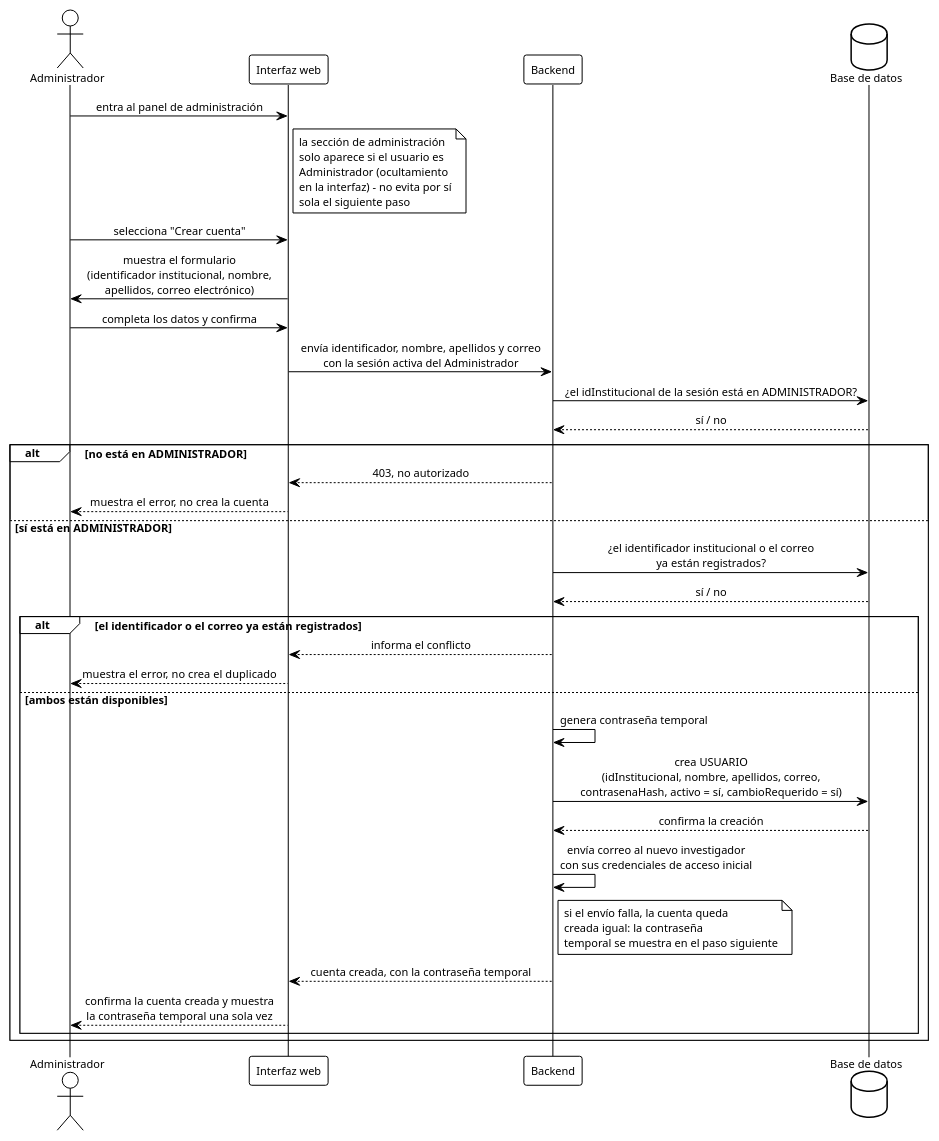
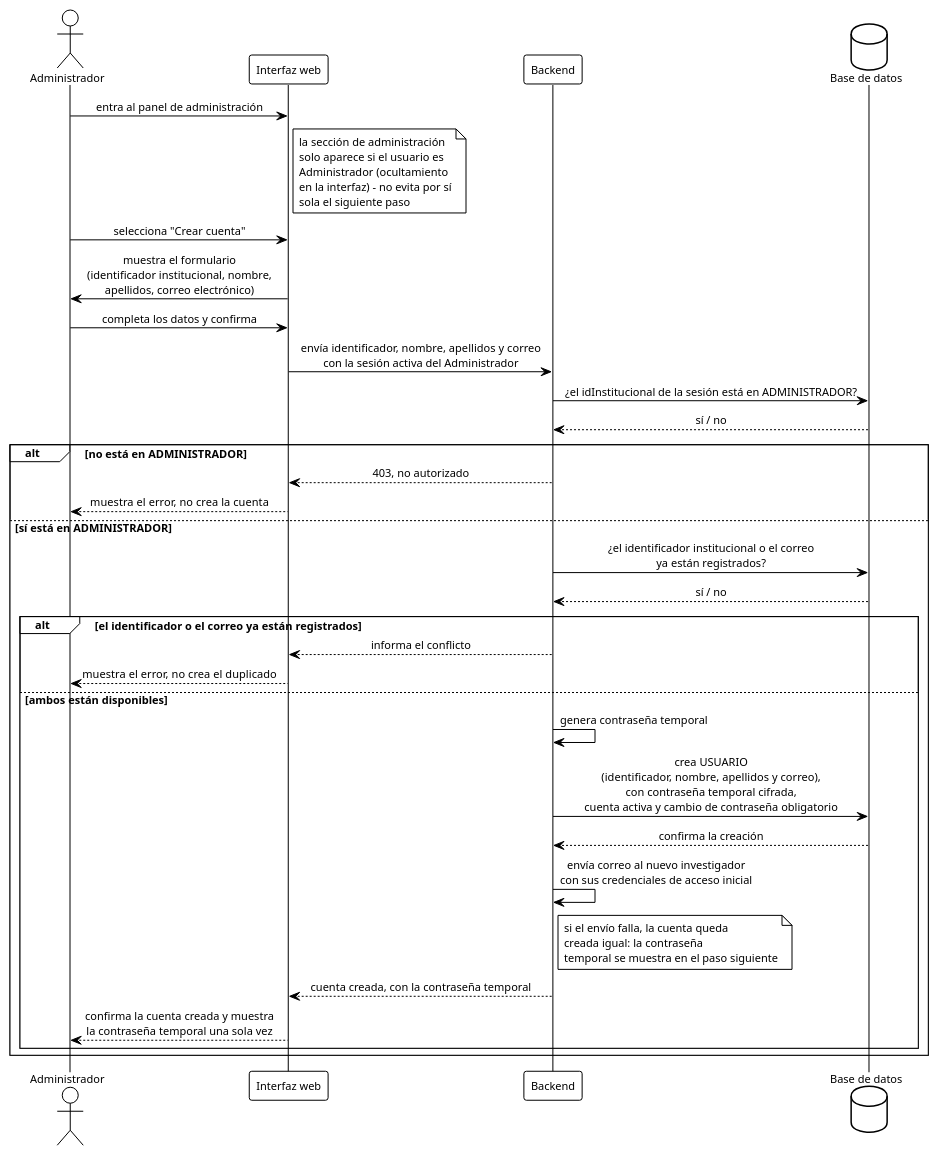
The diagram in diagramas/seq_crear_cuenta.puml (ErickJester/fst-ai-system-latex), drawn with PlantUML before and after one commit. The commit also changed 25 other files, not shown here.

```diff
--- a/diagramas/seq_crear_cuenta.puml
+++ b/diagramas/seq_crear_cuenta.puml
@@ -1,97 +1,97 @@
 @startuml seq_crear_cuenta
 ' ================================================================
 '  Secuencia - Crear cuenta de usuario (CU-12), con verificacion
 '  de rol (D-12) y contraseña temporal obligatoria (D-25)
 '  Base de datos FST | TT 2026-B066 | ESCOM-IPN
 '  Frausto Robles Angel Ali . Rodriguez Verdin Sandoval Vanesa
 ' ----------------------------------------------------------------
 '  Reemplaza a diagramas/seq_registro.png. Ese diagrama viejo no
 '  tenia ningun paso de verificacion de rol -- confiaba en que el
 '  frontend escondiera el boton de "Crear cuenta". D-12 (13-sep)
 '  exige las dos cosas: esconder EN LA INTERFAZ y ademas verificar
 '  el rol EN EL BACKEND antes de ejecutar la accion, sin importar
 '  por donde llegue la peticion.
 '
 '  Cubre CU-12 "Crear cuenta de usuario" (RF-05, RF-07).
 '
 '  Cambios deliberados contra CU-12 tal como esta escrito hoy en
 '  chapters/05_diseno.tex:1739 (no se toca ese .tex en esta sesion,
 '  solo se deja registrado aqui por que el diagrama no lo sigue):
 '    - El paso 2 de CU-12 dice que el formulario pide un campo
 '      "rol". Eso ya no es correcto contra D-08: USUARIO no tiene
 '      columna rol, y ADMINISTRADOR es una tabla aparte que no se
 '      crea desde este caso de uso. Este diagrama omite ese campo.
 '    - Se agrega el paso de verificacion de rol que CU-12 no
 '      describe (el hueco que marcaba COMPARATIVA-FIGURAS-CAP5.md
 '      para esta figura).
 '
 '  D-38 (3-oct, corregido 4-oct): el formulario pide identificador
 '  institucional, nombre, apellidos y correo; el backend rechaza el
 '  alta si el identificador o el correo ya existen. La contraseña
 '  temporal la genera el sistema (no la escribe el Administrador),
 '  igual que en CU-12 y en el mockup v2 de administracion.
 '
 '  D-25 (15-sep): la cuenta se crea con cambioRequerido = true, asi
 '  el login (fuera de este diagrama) sabe que debe forzar el
 '  cambio de contraseña en el primer ingreso.
 '
 '  Generar:
 '      java -jar plantuml.jar -tpng diagramas/seq_crear_cuenta.puml
 ' ================================================================
 
 !theme plain
 skinparam defaultFontName Arial
 skinparam defaultFontSize 11
 skinparam shadowing false
 skinparam sequenceMessageAlign center
 skinparam BoxPadding 10
 
 actor Administrador as admin
 participant "Interfaz web" as ui
 participant Backend as api
 database "Base de datos" as db
 
 admin -> ui: entra al panel de administración
 note right of ui
   la sección de administración
   solo aparece si el usuario es
   Administrador (ocultamiento
   en la interfaz) - no evita por sí
   sola el siguiente paso
 end note
 
 admin -> ui: selecciona "Crear cuenta"
 ui -> admin: muestra el formulario\n(identificador institucional, nombre,\napellidos, correo electrónico)
 
 admin -> ui: completa los datos y confirma
 ui -> api: envía identificador, nombre, apellidos y correo\ncon la sesión activa del Administrador
 
 api -> db: ¿el idInstitucional de la sesión está en ADMINISTRADOR?
 db --> api: sí / no
 
 alt no está en ADMINISTRADOR
   api --> ui: 403, no autorizado
   ui --> admin: muestra el error, no crea la cuenta
 else sí está en ADMINISTRADOR
   api -> db: ¿el identificador institucional o el correo\nya están registrados?
   db --> api: sí / no
 
   alt el identificador o el correo ya están registrados
     api --> ui: informa el conflicto
     ui --> admin: muestra el error, no crea el duplicado
   else ambos están disponibles
     api -> api: genera contraseña temporal
-    api -> db: crea USUARIO\n(idInstitucional, nombre, apellidos, correo,\ncontrasenaHash, activo = sí, cambioRequerido = sí)
+    api -> db: crea USUARIO\n(identificador, nombre, apellidos y correo),\ncon contraseña temporal cifrada,\ncuenta activa y cambio de contraseña obligatorio
     db --> api: confirma la creación
     api -> api: envía correo al nuevo investigador\ncon sus credenciales de acceso inicial
     note right of api
       si el envío falla, la cuenta queda
       creada igual: la contraseña
       temporal se muestra en el paso siguiente
     end note
     api --> ui: cuenta creada, con la contraseña temporal
     ui --> admin: confirma la cuenta creada y muestra\nla contraseña temporal una sola vez
   end
 end
 
 @enduml
```
